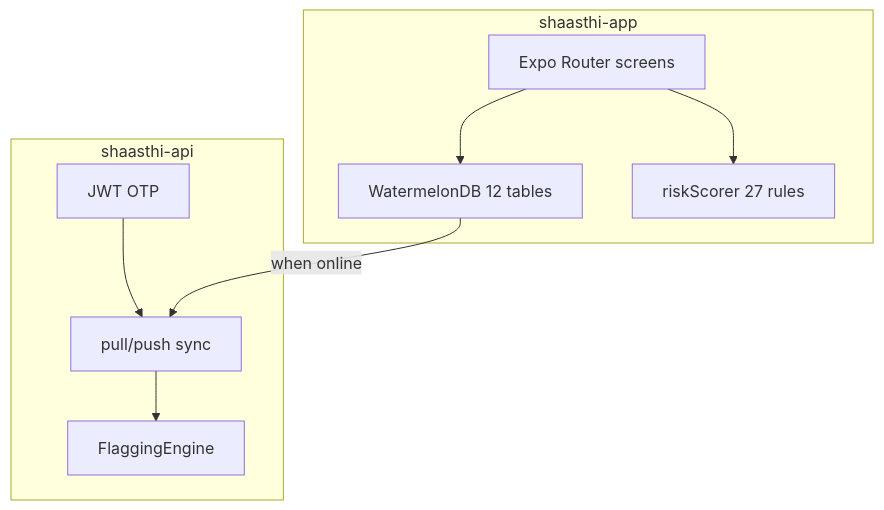
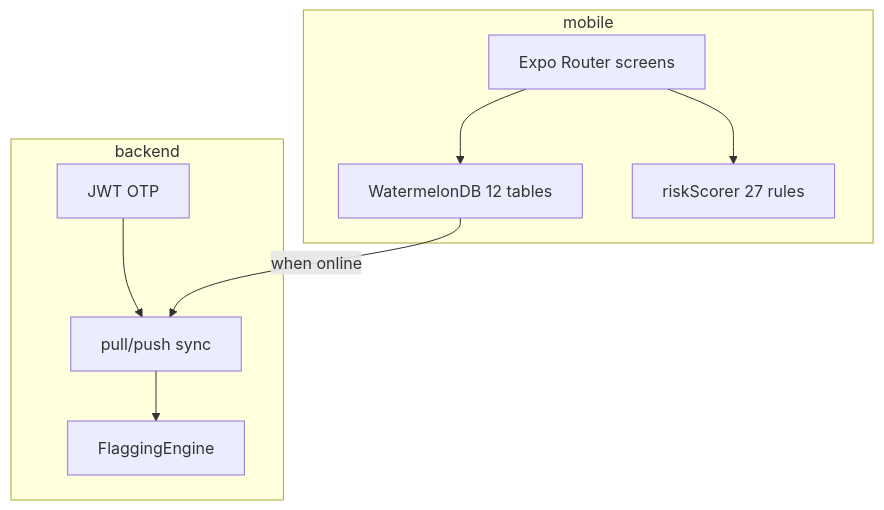
One commit to somuai/Saasthi changed the diagram in BUILD_COVERAGE.md. Above: the diagram before and after it, drawn with Mermaid. The commit also changed other lines of this file and 145 other files, not shown here.

````diff
--- a/BUILD_COVERAGE.md
+++ b/BUILD_COVERAGE.md
@@ -91,18 +91,18 @@
 ```mermaid
 flowchart TB
-  subgraph mobile [shaasthi-app]
+  subgraph mobile [mobile]
     UI[Expo Router screens]
     WM[WatermelonDB 12 tables]
     ML[riskScorer 27 rules]
     UI --> WM
     UI --> ML
   end
-  subgraph api [shaasthi-api]
+  subgraph api [backend]
     OTP[JWT OTP]
     SYNC[pull/push sync]
     FLAG[FlaggingEngine]
     OTP --> SYNC
     SYNC --> FLAG
   end
   WM -->|when online| SYNC
 ```
````
